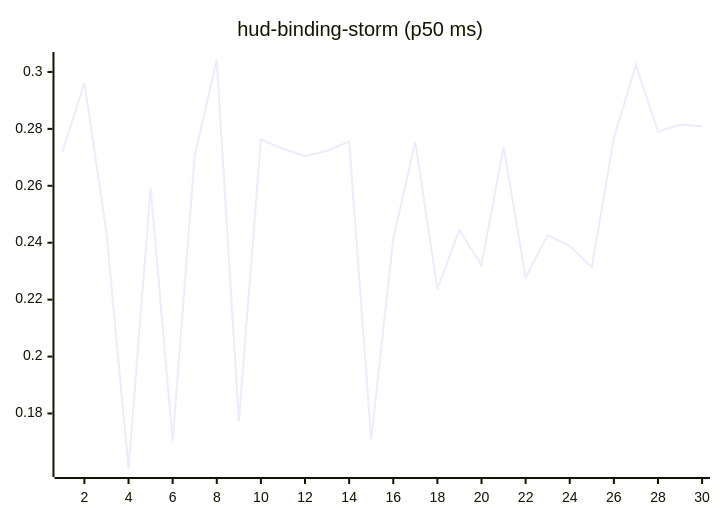
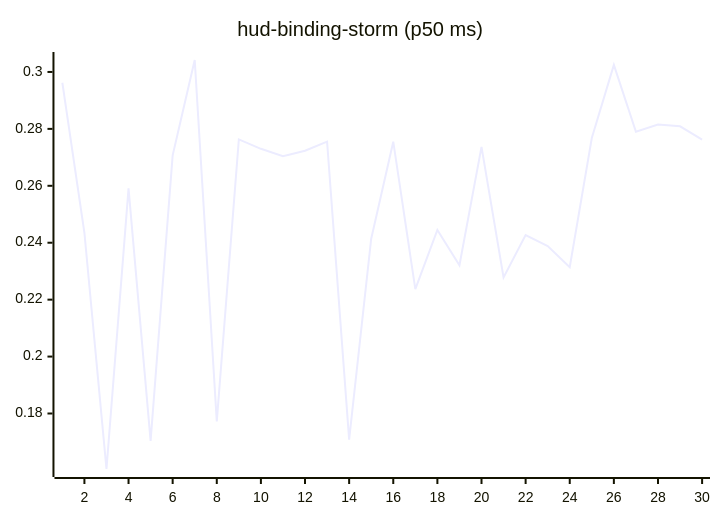
One commit to josha/Facet changed the tenth of 27 diagrams in README.md. Above: the diagram before and after it, drawn with Mermaid. The commit also changed other lines of this file and 2 other files, not shown here.

````diff
--- a/README.md
+++ b/README.md
@@ -126,6 +126,6 @@
 ```mermaid
 xychart-beta
     title "hud-binding-storm (p50 ms)"
     x-axis 1 --> 30
-    line [0.2719, 0.2962, 0.2435, 0.1605, 0.2591, 0.1704, 0.2707, 0.3042, 0.1772, 0.2763, 0.2730, 0.2704, 0.2723, 0.2755, 0.1708, 0.2414, 0.2755, 0.2237, 0.2445, 0.2321, 0.2737, 0.2278, 0.2427, 0.2388, 0.2314, 0.2768, 0.3025, 0.2790, 0.2815, 0.2809]
+    line [0.2962, 0.2435, 0.1605, 0.2591, 0.1704, 0.2707, 0.3042, 0.1772, 0.2763, 0.2730, 0.2704, 0.2723, 0.2755, 0.1708, 0.2414, 0.2755, 0.2237, 0.2445, 0.2321, 0.2737, 0.2278, 0.2427, 0.2388, 0.2314, 0.2768, 0.3025, 0.2790, 0.2815, 0.2809, 0.2762]
 ```
````
